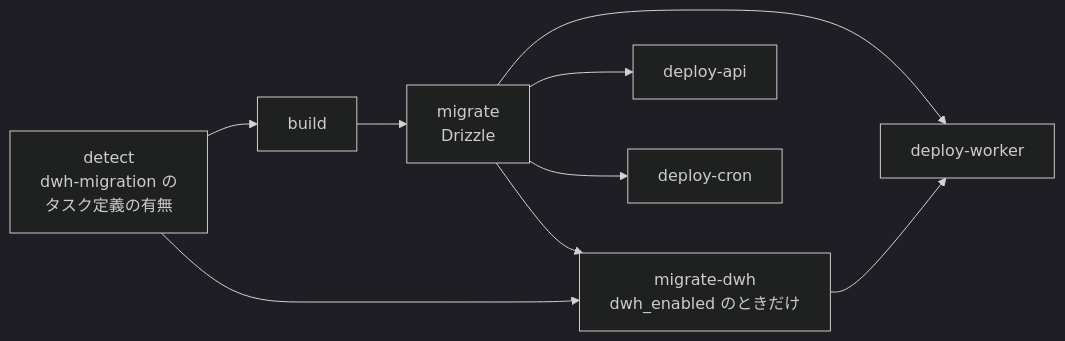
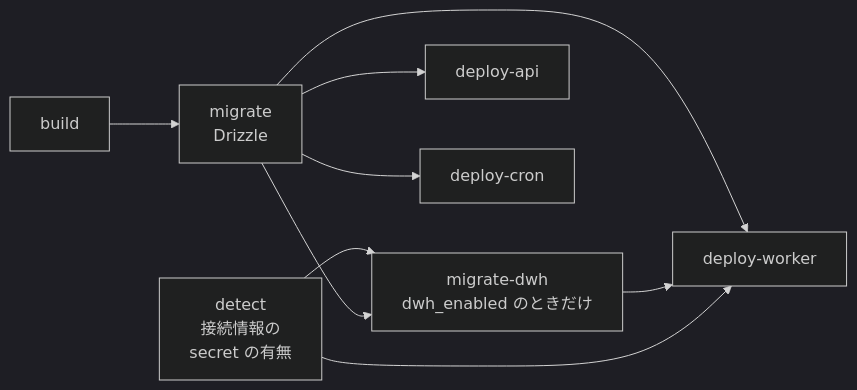
Before and after one commit to kentakki416/project-template: the diagram in docs/spec/clickhouse-migration/tasks/step4-ci-deploy-dwh-migration.md, drawn with Mermaid (dark theme). The commit also changed other lines of this file and 19 other files, not shown here.

````diff
--- a/docs/spec/clickhouse-migration/tasks/step4-ci-deploy-dwh-migration.md
+++ b/docs/spec/clickhouse-migration/tasks/step4-ci-deploy-dwh-migration.md
@@ -13,11 +13,11 @@
 ```mermaid
 flowchart LR
-    D[detect<br/>dwh-migration の<br/>タスク定義の有無] --> B[build]
-    B --> M[migrate<br/>Drizzle]
+    B[build] --> M[migrate<br/>Drizzle]
+    D[detect<br/>接続情報の<br/>secret の有無] --> MD
     M --> MD[migrate-dwh<br/>dwh_enabled のときだけ]
-    D --> MD
     M --> A[deploy-api]
     M --> W[deploy-worker]
     MD --> W
+    D --> W
     M --> C[deploy-cron]
 ```
````
